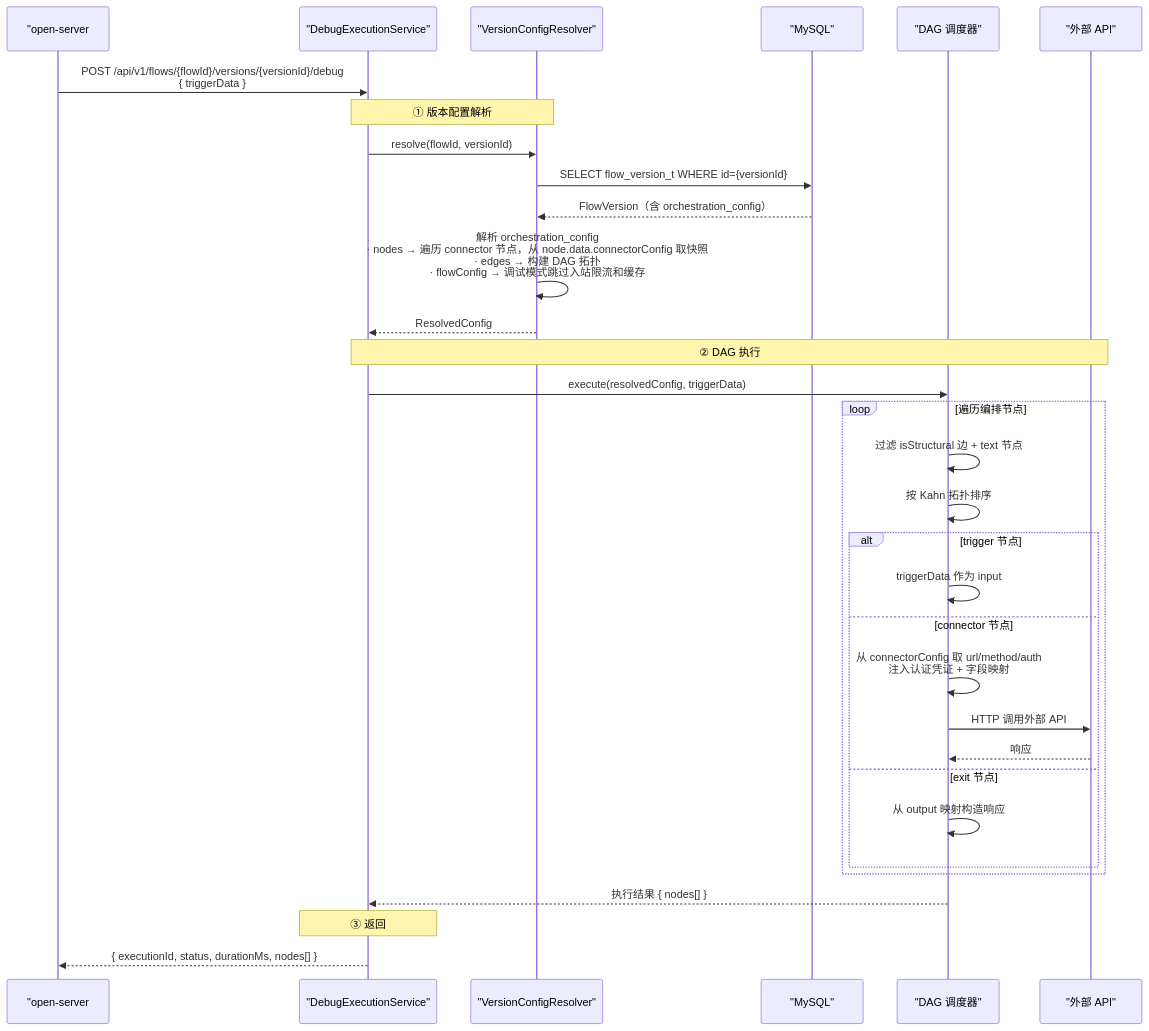
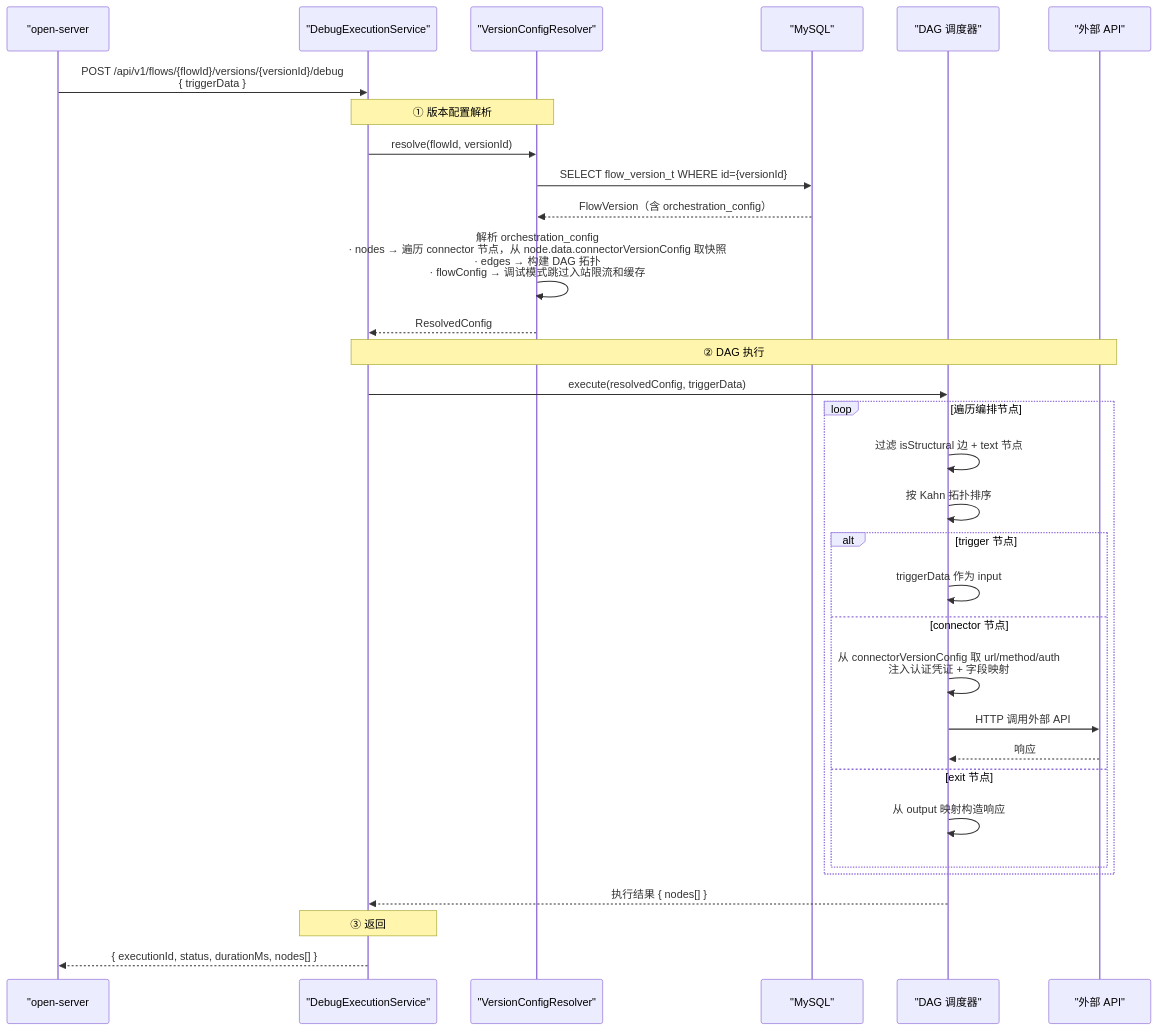
One commit to THZSummer/open-app changed the second of 3 diagrams in .sddu/specs-tree-root/specs-tree-connector-platform-v3/plan-api.md. Above: the diagram before and after it, drawn with Mermaid. The commit also changed other lines of this file and 3 other files, not shown here.

First line of the commit message:
refactor: connectorConfig → connectorVersionConfig 语义更准确

````diff
--- a/.sddu/specs-tree-root/specs-tree-connector-platform-v3/plan-api.md
+++ b/.sddu/specs-tree-root/specs-tree-connector-platform-v3/plan-api.md
@@ -3332,38 +3332,38 @@
 ```mermaid
 sequenceDiagram
     participant OS as "open-server #51"
     participant CA as "DebugExecutionService"
     participant VCR as "VersionConfigResolver"
     participant DB as "MySQL"
     participant DAG as "DAG 调度器"
     participant EXT as "外部 API"
 
     OS->>CA: POST /api/v1/flows/{flowId}/versions/{versionId}/debug<br/>{ triggerData }
 
     Note over CA,VCR: ① 版本配置解析
     CA->>VCR: resolve(flowId, versionId)
     VCR->>DB: SELECT flow_version_t WHERE id={versionId}
     DB-->>VCR: FlowVersion（含 orchestration_config）
-    VCR->>VCR: 解析 orchestration_config<br/>· nodes → 遍历 connector 节点，从 node.data.connectorConfig 取快照<br/>· edges → 构建 DAG 拓扑<br/>· flowConfig → 调试模式跳过入站限流和缓存
+    VCR->>VCR: 解析 orchestration_config<br/>· nodes → 遍历 connector 节点，从 node.data.connectorVersionConfig 取快照<br/>· edges → 构建 DAG 拓扑<br/>· flowConfig → 调试模式跳过入站限流和缓存
     VCR-->>CA: ResolvedConfig
 
     Note over CA,EXT: ② DAG 执行
     CA->>DAG: execute(resolvedConfig, triggerData)
     loop 遍历编排节点
         DAG->>DAG: 过滤 isStructural 边 + text 节点
         DAG->>DAG: 按 Kahn 拓扑排序
         alt trigger 节点
             DAG->>DAG: triggerData 作为 input
         else connector 节点
-            DAG->>DAG: 从 connectorConfig 取 url/method/auth<br/>注入认证凭证 + 字段映射
+            DAG->>DAG: 从 connectorVersionConfig 取 url/method/auth<br/>注入认证凭证 + 字段映射
             DAG->>EXT: HTTP 调用外部 API
             EXT-->>DAG: 响应
         else exit 节点
             DAG->>DAG: 从 output 映射构造响应
         end
     end
     DAG-->>CA: 执行结果 { nodes[] }
 
     Note over CA: ③ 返回
     CA-->>OS: { executionId, status, durationMs, nodes[] }
 ```
````
